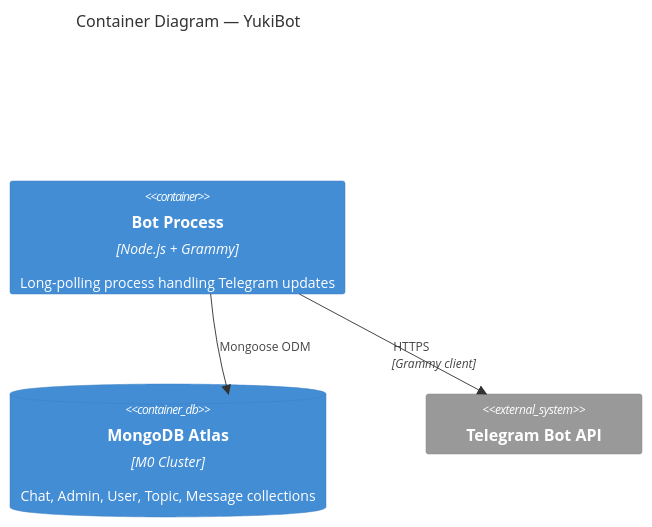
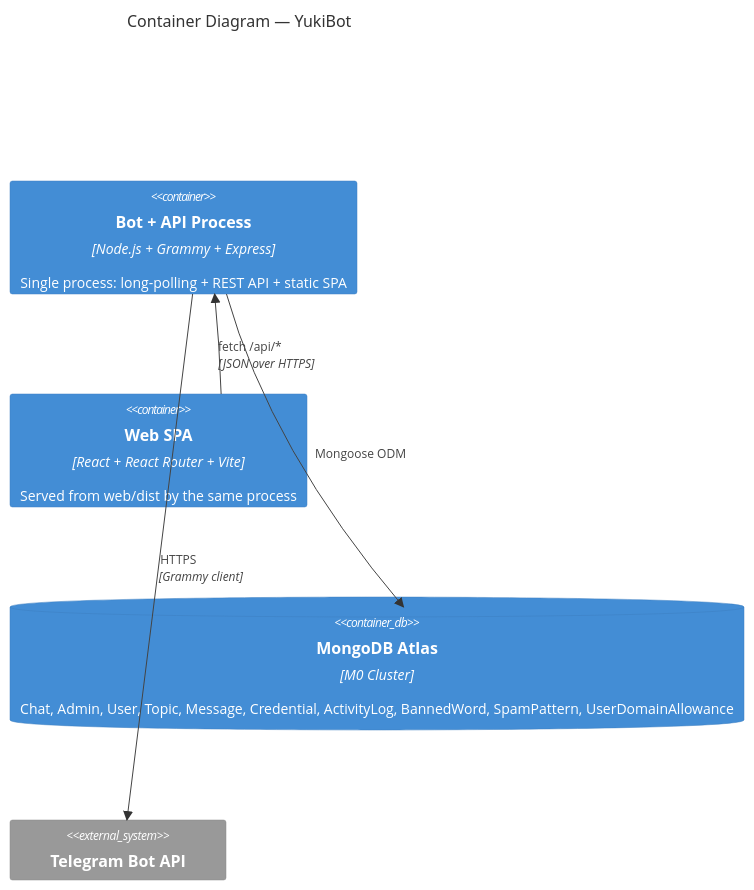
One commit to Yuki44/YukiBot-Telegram-Admin changed the second of 10 diagrams in docs/architecture.md. Above: the diagram before and after it, drawn with Mermaid. The commit also changed other lines of this file and 8 other files, not shown here.

````diff
--- a/docs/architecture.md
+++ b/docs/architecture.md
@@ -28,11 +31,13 @@
 ```mermaid
 C4Container
   title Container Diagram — YukiBot
 
-  Container(bot, "Bot Process", "Node.js + Grammy", "Long-polling process handling Telegram updates")
-  ContainerDb(db, "MongoDB Atlas", "M0 Cluster", "Chat, Admin, User, Topic, Message collections")
+  Container(bot, "Bot + API Process", "Node.js + Grammy + Express", "Single process: long-polling + REST API + static SPA")
+  Container(spa, "Web SPA", "React + React Router + Vite", "Served from web/dist by the same process")
+  ContainerDb(db, "MongoDB Atlas", "M0 Cluster", "Chat, Admin, User, Topic, Message, Credential, ActivityLog, BannedWord, SpamPattern, UserDomainAllowance")
   System_Ext(telegram, "Telegram Bot API")
 
   Rel(bot, telegram, "HTTPS", "Grammy client")
   Rel(bot, db, "Mongoose ODM")
+  Rel(spa, bot, "fetch /api/*", "JSON over HTTPS")
 ```
````
